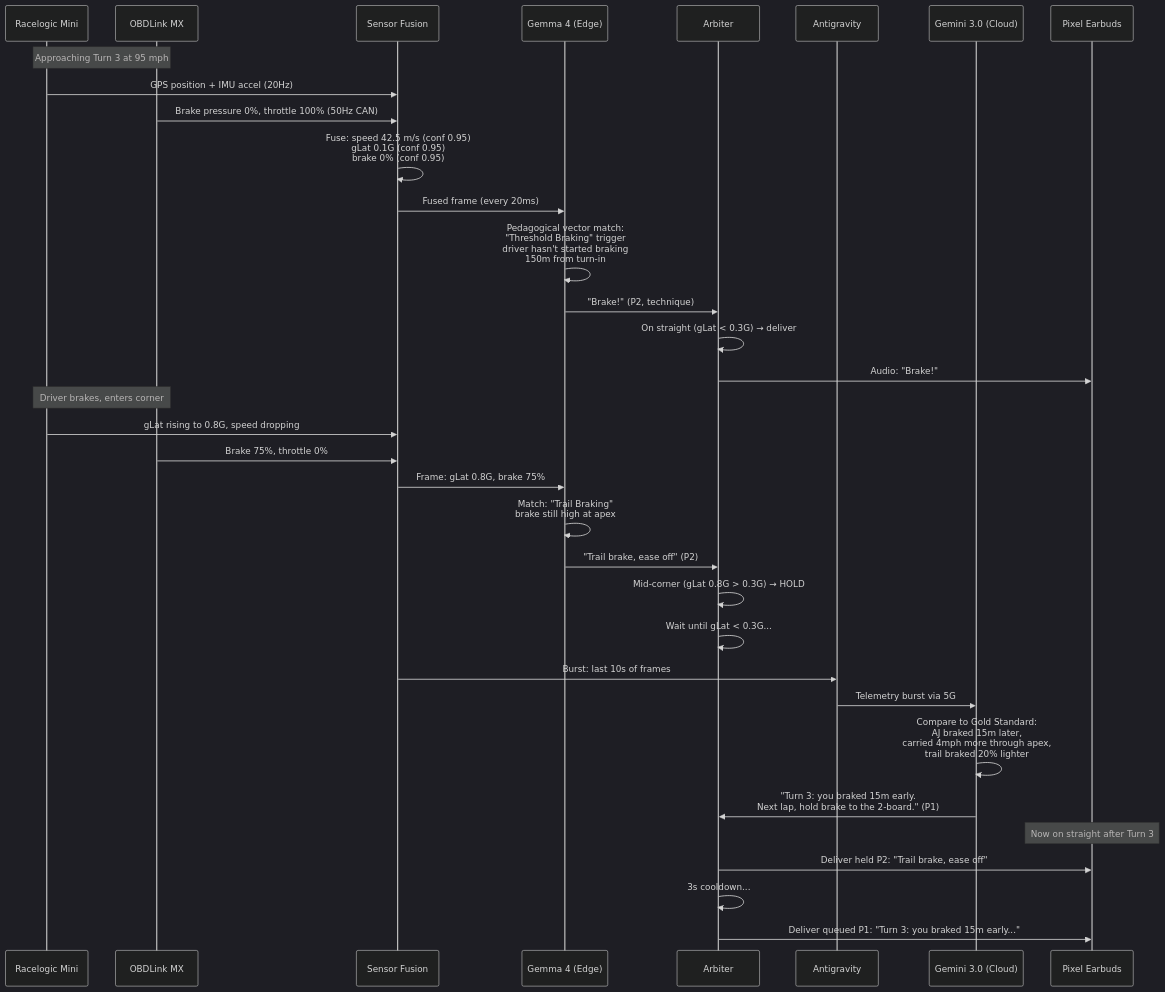
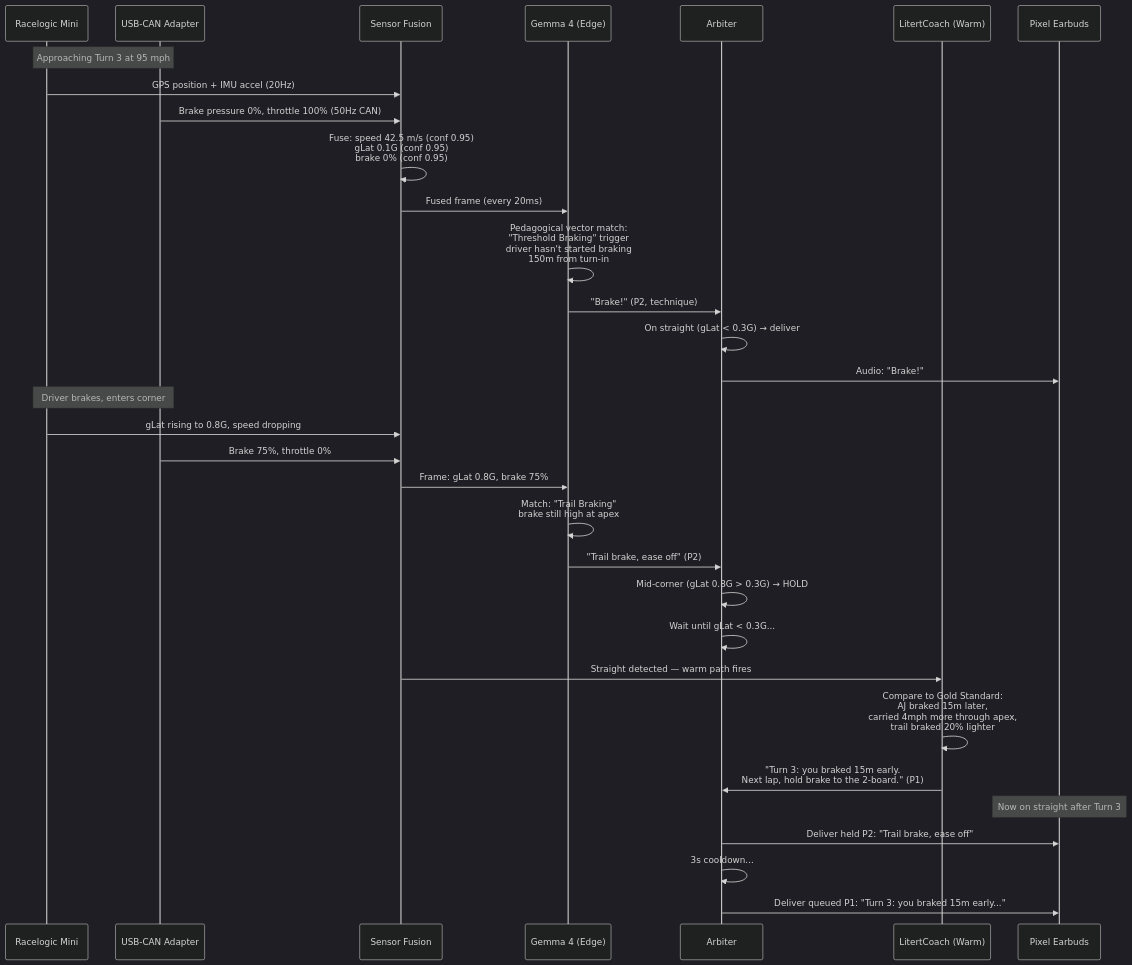
The second of 2 diagrams in docs/architecture.md (mlnomadpy/pitwall), drawn with Mermaid (dark theme) before and after one commit. The commit also changed other lines of this file and 47 other files, not shown here.

````diff
--- a/docs/architecture.md
+++ b/docs/architecture.md
@@ -100,47 +97,45 @@
 ```mermaid
 sequenceDiagram
     participant RL as Racelogic Mini
-    participant OBD as OBDLink MX
+    participant OBD as USB-CAN Adapter
     participant FUSE as Sensor Fusion
     participant GEMMA as Gemma 4 (Edge)
     participant ARB as Arbiter
-    participant AGY as Antigravity
-    participant GEMINI as Gemini 3.0 (Cloud)
+    participant LITERT as LitertCoach (Warm)
     participant DRIVER as Pixel Earbuds
 
     Note over RL,OBD: Approaching Turn 3 at 95 mph
 
     RL->>FUSE: GPS position + IMU accel (20Hz)
     OBD->>FUSE: Brake pressure 0%, throttle 100% (50Hz CAN)
     FUSE->>FUSE: Fuse: speed 42.5 m/s (conf 0.95)<br/>gLat 0.1G (conf 0.95)<br/>brake 0% (conf 0.95)
 
     FUSE->>GEMMA: Fused frame (every 20ms)
     GEMMA->>GEMMA: Pedagogical vector match:<br/>"Threshold Braking" trigger<br/>driver hasn't started braking<br/>150m from turn-in
 
     GEMMA->>ARB: "Brake!" (P2, technique)
     ARB->>ARB: On straight (gLat < 0.3G) → deliver
     ARB->>DRIVER: Audio: "Brake!"
 
     Note over RL,OBD: Driver brakes, enters corner
 
     RL->>FUSE: gLat rising to 0.8G, speed dropping
     OBD->>FUSE: Brake 75%, throttle 0%
     FUSE->>GEMMA: Frame: gLat 0.8G, brake 75%
     GEMMA->>GEMMA: Match: "Trail Braking"<br/>brake still high at apex
 
     GEMMA->>ARB: "Trail brake, ease off" (P2)
     ARB->>ARB: Mid-corner (gLat 0.8G > 0.3G) → HOLD
     ARB->>ARB: Wait until gLat < 0.3G...
 
-    FUSE->>AGY: Burst: last 10s of frames
-    AGY->>GEMINI: Telemetry burst via 5G
+    FUSE->>LITERT: Straight detected — warm path fires
 
-    GEMINI->>GEMINI: Compare to Gold Standard:<br/>AJ braked 15m later,<br/>carried 4mph more through apex,<br/>trail braked 20% lighter
+    LITERT->>LITERT: Compare to Gold Standard:<br/>AJ braked 15m later,<br/>carried 4mph more through apex,<br/>trail braked 20% lighter
 
-    GEMINI->>ARB: "Turn 3: you braked 15m early.<br/>Next lap, hold brake to the 2-board." (P1)
+    LITERT->>ARB: "Turn 3: you braked 15m early.<br/>Next lap, hold brake to the 2-board." (P1)
     
     Note over DRIVER: Now on straight after Turn 3
     ARB->>DRIVER: Deliver held P2: "Trail brake, ease off"
     ARB->>ARB: 3s cooldown...
     ARB->>DRIVER: Deliver queued P1: "Turn 3: you braked 15m early..."
 ```
````
